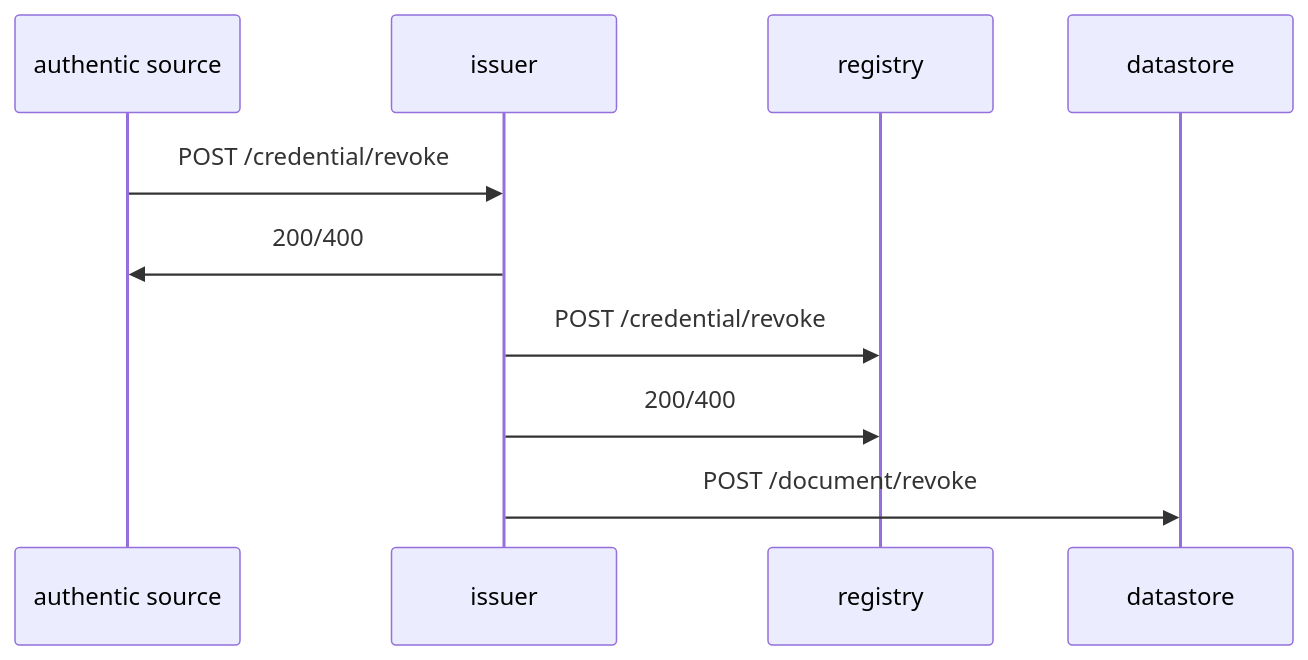
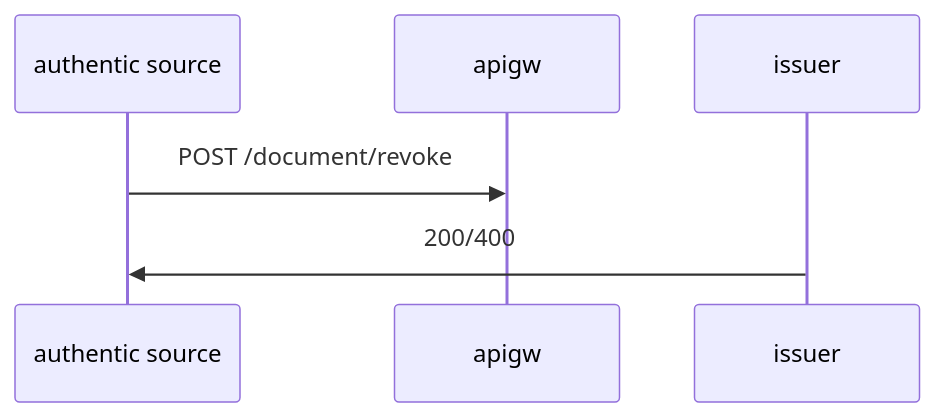
Before and after one commit to dc4eu/vc: diagram 12 of 12 in standards/api_specification.md, drawn with Mermaid. The commit also changed other lines of this file, not shown here.

````diff
--- a/standards/api_specification.md
+++ b/standards/api_specification.md
@@ -471,8 +467,5 @@
 ```mermaid
     sequenceDiagram;
-    authentic source->>issuer: POST /credential/revoke;
+    authentic source->>apigw: POST /document/revoke;
     issuer->>authentic source: 200/400;
-    issuer->>registry: POST /credential/revoke;
-    issuer->>registry: 200/400;
-    issuer->>datastore: POST /document/revoke
 ```
````
